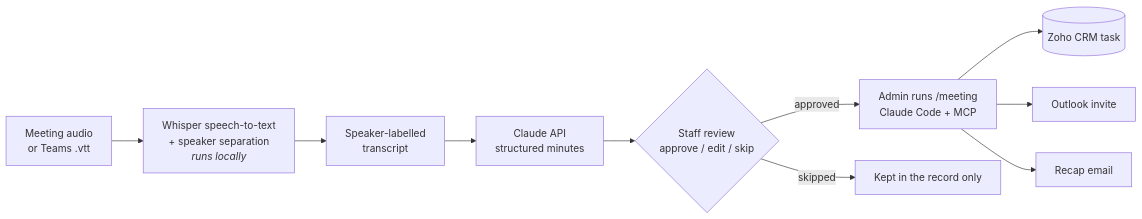
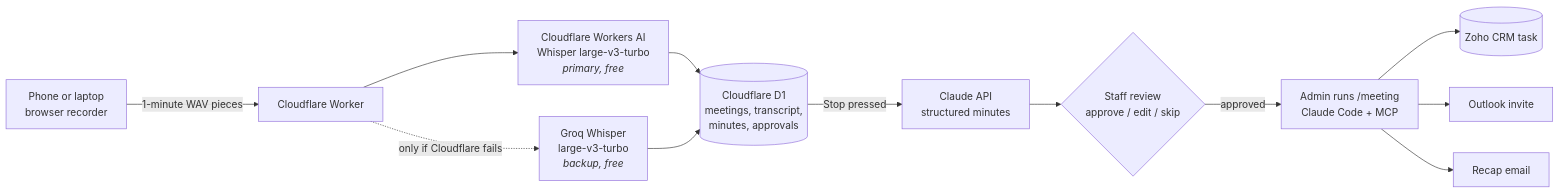
Before and after one commit to github-pratik/ai-meeting-agent: the diagram in README.md, drawn with Mermaid. The commit also changed other lines of this file and 15 other files, not shown here.

First line of the commit message:
Hybrid cloud version: Cloudflare Worker + Workers AI Whisper, Groq backup, Claude minutes

````diff
--- a/README.md
+++ b/README.md
@@ -34,12 +30,14 @@
 ```mermaid
 flowchart LR
-    A[Meeting audio<br/>or Teams .vtt] --> B[Whisper speech-to-text<br/>+ speaker separation<br/><i>runs locally</i>]
-    B --> C[Speaker-labelled<br/>transcript]
-    C --> D[Claude API<br/>structured minutes]
-    D --> E{Staff review<br/>approve / edit / skip}
-    E -->|approved| F[Admin runs /meeting<br/>Claude Code + MCP]
-    F --> G[(Zoho CRM task)]
-    F --> H[Outlook invite]
-    F --> I[Recap email]
-    E -->|skipped| J[Kept in the record only]
+    P[Phone or laptop<br/>browser recorder] -->|1-minute WAV pieces| W[Cloudflare Worker]
+    W --> CF[Cloudflare Workers AI<br/>Whisper large-v3-turbo<br/><i>primary, free</i>]
+    W -.->|only if Cloudflare fails| G[Groq Whisper<br/>large-v3-turbo<br/><i>backup, free</i>]
+    CF --> DB[(Cloudflare D1<br/>meetings, transcript,<br/>minutes, approvals)]
+    G --> DB
+    DB -->|Stop pressed| C[Claude API<br/>structured minutes]
+    C --> R{Staff review<br/>approve / edit / skip}
+    R -->|approved| A[Admin runs /meeting<br/>Claude Code + MCP]
+    A --> T[(Zoho CRM task)]
+    A --> O[Outlook invite]
+    A --> E[Recap email]
 ```
````
